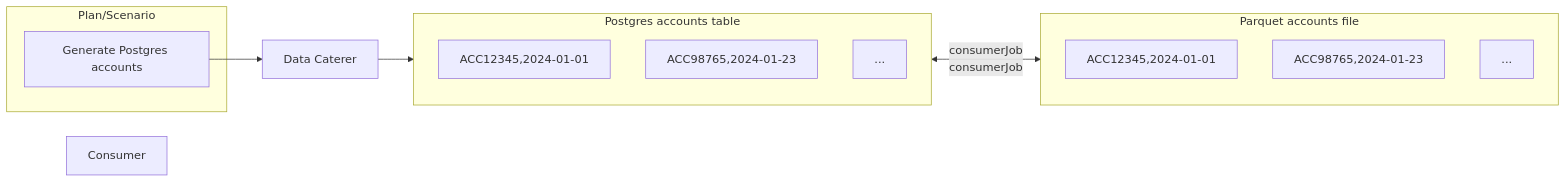
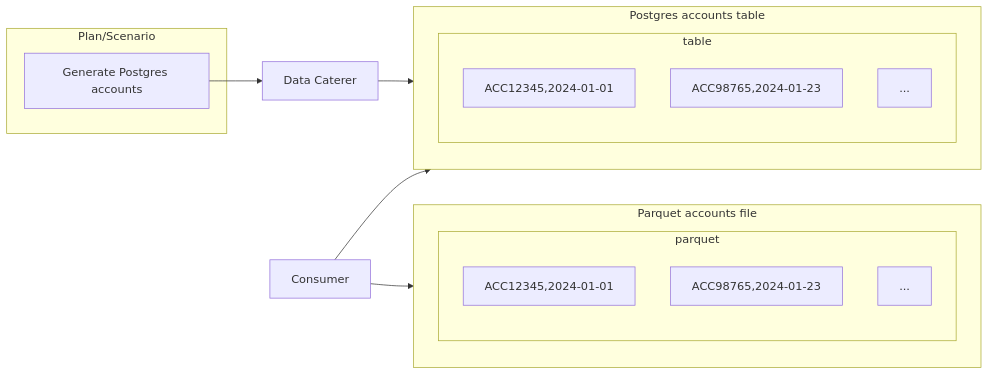
The second of 2 diagrams in docs/setup/delete-data.md (data-catering/data-caterer-docs), drawn with Mermaid before and after one commit. The commit also changed 3 other files, not shown here.

Commit message:
Fix mermaid diagrams for delete data

````diff
--- a/docs/setup/delete-data.md
+++ b/docs/setup/delete-data.md
@@ -63,27 +63,33 @@
 ``` mermaid
 graph LR
   subgraph plan ["Plan/Scenario"]
     postgresAccount["Generate Postgres accounts"]
   end
   
   dataCaterer["Data Caterer"]
   
   subgraph postgresAccTable ["Postgres accounts table"]
-    accountA["ACC12345,2024-01-01"]
-    accountB["ACC98765,2024-01-23"]
-    accountC["..."]
+    subgraph table
+      direction TB
+      accountA["ACC12345,2024-01-01"]
+      accountB["ACC98765,2024-01-23"]
+      accountC["..."]
+    end
   end
   
   consumerJob["Consumer"]
   
   subgraph parquetAcc ["Parquet accounts file"]
-    accountParquetA["ACC12345,2024-01-01"]
-    accountParquetB["ACC98765,2024-01-23"]
-    accountParquetC["..."]
+    subgraph parquet
+      direction TB
+      accountParquetA["ACC12345,2024-01-01"]
+      accountParquetB["ACC98765,2024-01-23"]
+      accountParquetC["..."]
+    end
   end
   
   postgresAccount --> dataCaterer
   dataCaterer --> postgresAccTable
-  postgresAccTable <-- consumerJob
+  consumerJob --> postgresAccTable
   consumerJob --> parquetAcc
 ```
````
